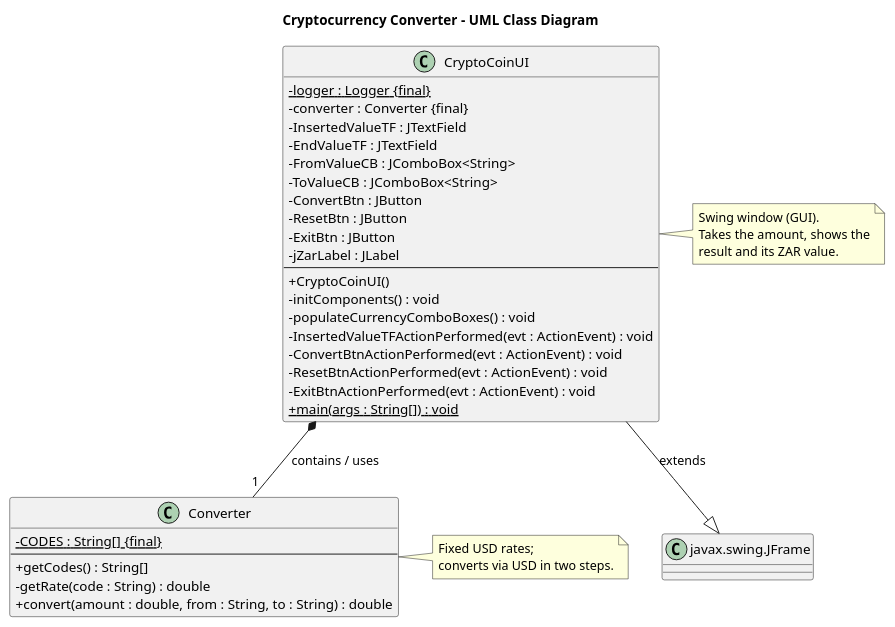
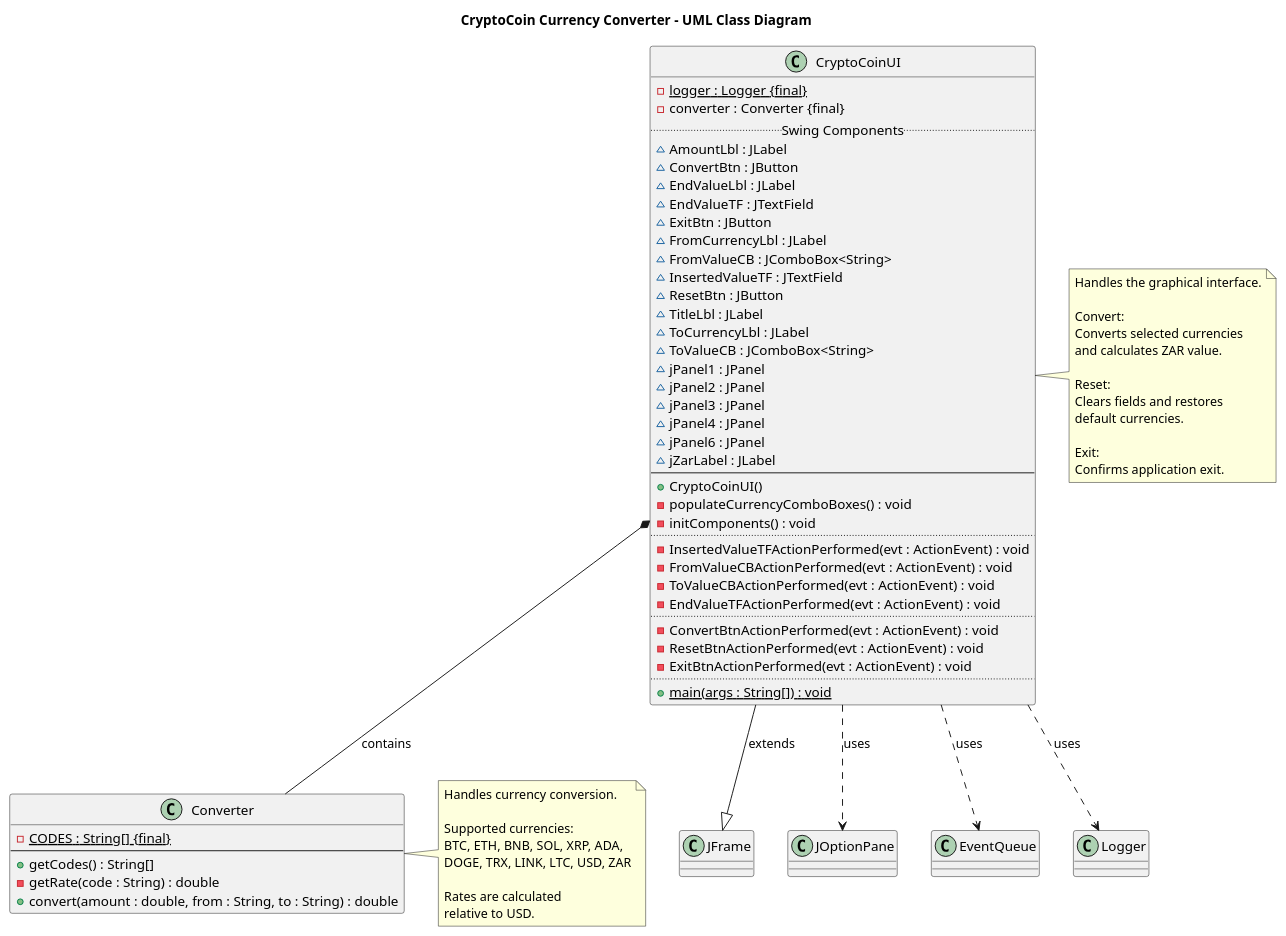
One commit to CPUT-Comp-Eng/SDN150S_Group_Java changed the diagram in 01-Documentation/UML Diagram.md. Above: the diagram before and after it, drawn with PlantUML. The commit also changed other lines of this file and 13 other files, not shown here.

````diff
--- a/01-Documentation/UML Diagram.md
+++ b/01-Documentation/UML Diagram.md
@@ -3,54 +3,89 @@
 ```puml
 @startuml
-title Cryptocurrency Converter - UML Class Diagram
-skinparam classAttributeIconSize 0
-skinparam shadowing false
-
-class "javax.swing.JFrame" as JFrame
+title CryptoCoin Currency Converter - UML Class Diagram
 
 class CryptoCoinUI {
-  - {static} logger : Logger {final}
-  - converter : Converter {final}
-  - InsertedValueTF : JTextField
-  - EndValueTF : JTextField
-  - FromValueCB : JComboBox<String>
-  - ToValueCB : JComboBox<String>
-  - ConvertBtn : JButton
-  - ResetBtn : JButton
-  - ExitBtn : JButton
-  - jZarLabel : JLabel
+  -logger : Logger {static} {final}
+  -converter : Converter {final}
+  ..Swing Components..
+  ~AmountLbl : JLabel
+  ~ConvertBtn : JButton
+  ~EndValueLbl : JLabel
+  ~EndValueTF : JTextField
+  ~ExitBtn : JButton
+  ~FromCurrencyLbl : JLabel
+  ~FromValueCB : JComboBox<String>
+  ~InsertedValueTF : JTextField
+  ~ResetBtn : JButton
+  ~TitleLbl : JLabel
+  ~ToCurrencyLbl : JLabel
+  ~ToValueCB : JComboBox<String>
+  ~jPanel1 : JPanel
+  ~jPanel2 : JPanel
+  ~jPanel3 : JPanel
+  ~jPanel4 : JPanel
+  ~jPanel6 : JPanel
+  ~jZarLabel : JLabel
   --
-  + CryptoCoinUI()
-  - initComponents() : void
-  - populateCurrencyComboBoxes() : void
-  - InsertedValueTFActionPerformed(evt : ActionEvent) : void
-  - ConvertBtnActionPerformed(evt : ActionEvent) : void
-  - ResetBtnActionPerformed(evt : ActionEvent) : void
-  - ExitBtnActionPerformed(evt : ActionEvent) : void
-  + {static} main(args : String[]) : void
+  +CryptoCoinUI()
+  -populateCurrencyComboBoxes() : void
+  -initComponents() : void
+  ..
+  -InsertedValueTFActionPerformed(evt : ActionEvent) : void
+  -FromValueCBActionPerformed(evt : ActionEvent) : void
+  -ToValueCBActionPerformed(evt : ActionEvent) : void
+  -EndValueTFActionPerformed(evt : ActionEvent) : void
+  ..
+  -ConvertBtnActionPerformed(evt : ActionEvent) : void
+  -ResetBtnActionPerformed(evt : ActionEvent) : void
+  -ExitBtnActionPerformed(evt : ActionEvent) : void
+  ..
+  +{static} main(args : String[]) : void
 }
 
 class Converter {
-  - {static} CODES : String[] {final}
+  -CODES : String[] {static} {final}
   --
-  + getCodes() : String[]
-  - getRate(code : String) : double
-  + convert(amount : double, from : String, to : String) : double
+  +getCodes() : String[]
+  -getRate(code : String) : double
+  +convert(amount : double, from : String, to : String) : double
 }
 
+class JFrame
+class JOptionPane
+class EventQueue
+class Logger
+
+CryptoCoinUI *-- Converter : contains
 CryptoCoinUI --|> JFrame : extends
-CryptoCoinUI *-- "1" Converter : contains / uses
+CryptoCoinUI ..> JOptionPane : uses
+CryptoCoinUI ..> EventQueue : uses
+CryptoCoinUI ..> Logger : uses
 
 note right of CryptoCoinUI
-  Swing window (GUI).
-  Takes the amount, shows the
-  result and its ZAR value.
+  Handles the graphical interface.
+
+  Convert:
+  Converts selected currencies
+  and calculates ZAR value.
+
+  Reset:
+  Clears fields and restores
+  default currencies.
+
+  Exit:
+  Confirms application exit.
 end note
 
 note right of Converter
-  Fixed USD rates;
-  converts via USD in two steps.
+  Handles currency conversion.
+
+  Supported currencies:
+  BTC, ETH, BNB, SOL, XRP, ADA,
+  DOGE, TRX, LINK, LTC, USD, ZAR
+
+  Rates are calculated
+  relative to USD.
 end note
 @enduml
-
 ```
````
